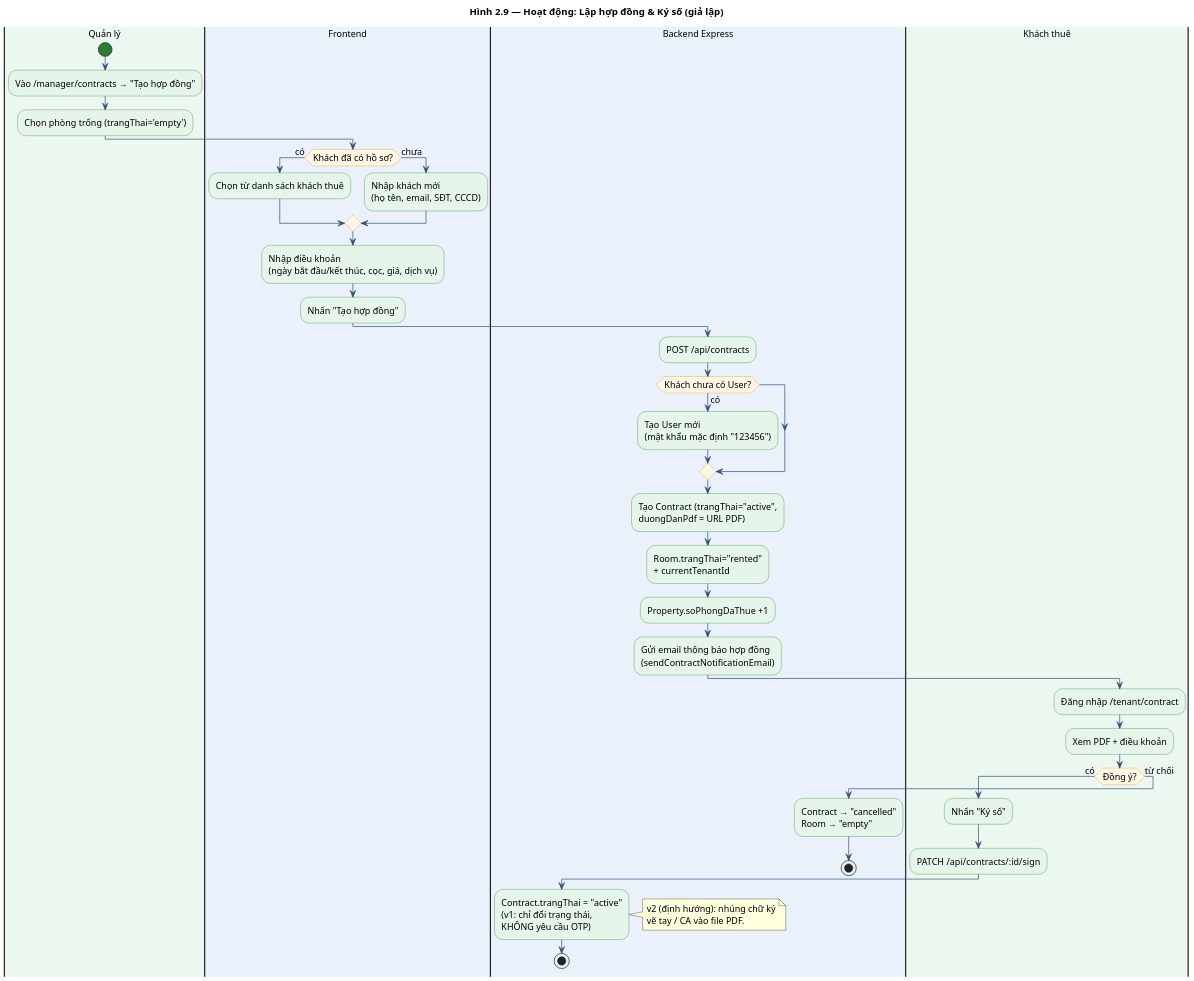
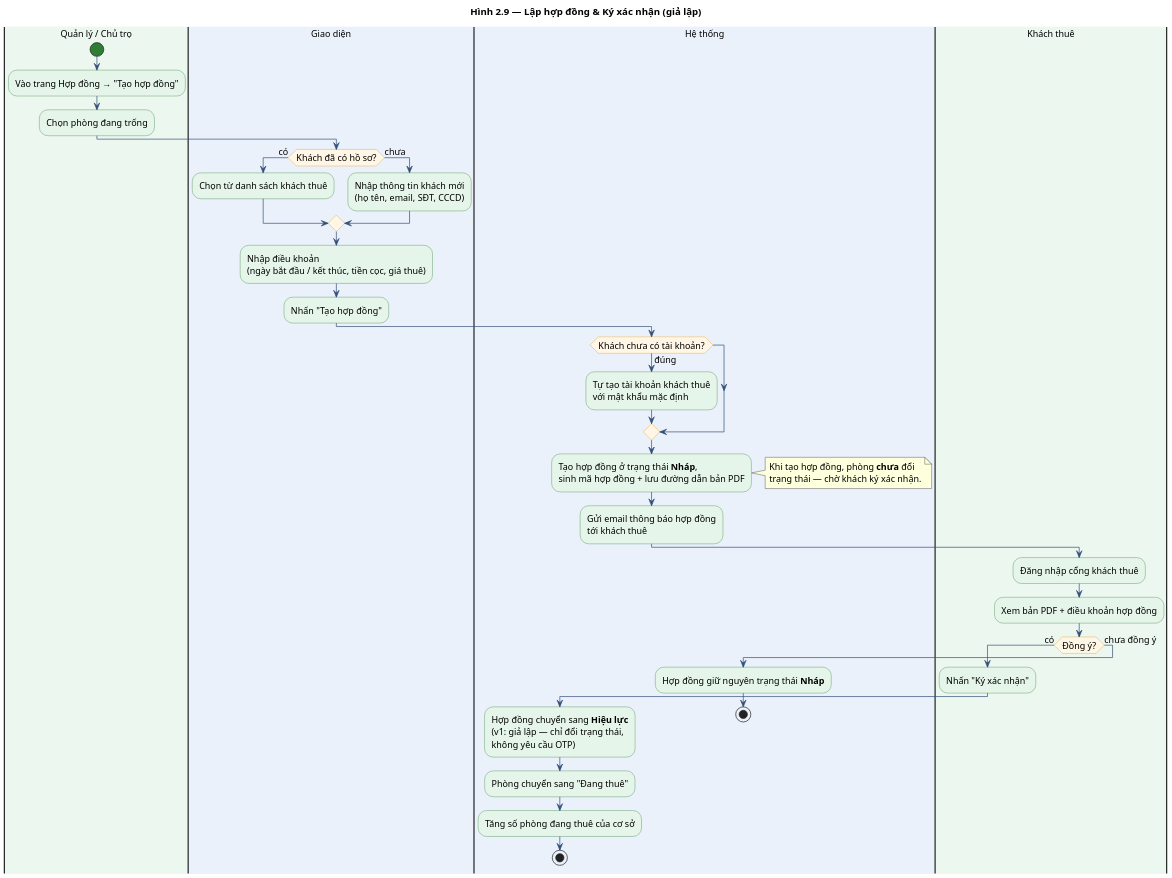
Before and after one commit to DiepTuHuy/Hostel_Management: the diagram in docs/diagrams/2.09_act_contract_sign.puml, drawn with PlantUML. The commit also changed 92 other files, not shown here.

Commit message:
Đồng bộ 19 sơ đồ UML khớp 100% với hệ thống và bổ sung báo cáo LaTeX (PTTKHT) vào repository

```diff
--- a/docs/diagrams/2.09_act_contract_sign.puml
+++ b/docs/diagrams/2.09_act_contract_sign.puml
@@ -1,60 +1,58 @@
 @startuml Act_Contract_Sign
-title Hình 2.9 — Hoạt động: Lập hợp đồng & Ký số (giả lập)
+title Hình 2.9 — Lập hợp đồng & Ký xác nhận (giả lập)
 
 skinparam dpi 150
 skinparam shadowing false
 skinparam defaultFontName "Segoe UI"
 skinparam defaultFontSize 13
 skinparam ArrowColor #34507A
 skinparam activity {
   BackgroundColor #E6F5EA
   BorderColor #2E7D32
   DiamondBackgroundColor #FFF6E5
   DiamondBorderColor #E59300
   StartColor #2E7D32
   EndColor #AD1457
 }
 
-|#ECF7EF|Quản lý|
+|#ECF7EF|Quản lý / Chủ trọ|
 start
-:Vào /manager/contracts → "Tạo hợp đồng";
-:Chọn phòng trống (trangThai='empty');
+:Vào trang Hợp đồng → "Tạo hợp đồng";
+:Chọn phòng đang trống;
 
-|#EAF1FB|Frontend|
+|#EAF1FB|Giao diện|
 if (Khách đã có hồ sơ?) then (có)
   :Chọn từ danh sách khách thuê;
 else (chưa)
-  :Nhập khách mới\n(họ tên, email, SĐT, CCCD);
+  :Nhập thông tin khách mới\n(họ tên, email, SĐT, CCCD);
 endif
-:Nhập điều khoản\n(ngày bắt đầu/kết thúc, cọc, giá, dịch vụ);
+:Nhập điều khoản\n(ngày bắt đầu / kết thúc, tiền cọc, giá thuê);
 :Nhấn "Tạo hợp đồng";
 
-|#EAF1FB|Backend Express|
-:POST /api/contracts;
-if (Khách chưa có User?) then (có)
-  :Tạo User mới\n(mật khẩu mặc định "123456");
+|#EAF1FB|Hệ thống|
+if (Khách chưa có tài khoản?) then (đúng)
+  :Tự tạo tài khoản khách thuê\nvới mật khẩu mặc định;
 endif
-:Tạo Contract (trangThai="active",\nduongDanPdf = URL PDF);
-:Room.trangThai="rented"\n+ currentTenantId;
-:Property.soPhongDaThue +1;
-:Gửi email thông báo hợp đồng\n(sendContractNotificationEmail);
+:Tạo hợp đồng ở trạng thái **Nháp**,\nsinh mã hợp đồng + lưu đường dẫn bản PDF;
+note right
+  Khi tạo hợp đồng, phòng **chưa** đổi
+  trạng thái — chờ khách ký xác nhận.
+end note
+:Gửi email thông báo hợp đồng\ntới khách thuê;
 
 |#ECF7EF|Khách thuê|
-:Đăng nhập /tenant/contract;
-:Xem PDF + điều khoản;
+:Đăng nhập cổng khách thuê;
+:Xem bản PDF + điều khoản hợp đồng;
 if (Đồng ý?) then (có)
-  :Nhấn "Ký số";
-  :PATCH /api/contracts/:id/sign;
-  |#EAF1FB|Backend Express|
-  :Contract.trangThai = "active"\n(v1: chỉ đổi trạng thái,\nKHÔNG yêu cầu OTP);
-  note right
-    v2 (định hướng): nhúng chữ ký
-    vẽ tay / CA vào file PDF.
-  end note
+  :Nhấn "Ký xác nhận";
+  |#EAF1FB|Hệ thống|
+  :Hợp đồng chuyển sang **Hiệu lực**\n(v1: giả lập — chỉ đổi trạng thái,\nkhông yêu cầu OTP);
+  :Phòng chuyển sang "Đang thuê";
+  :Tăng số phòng đang thuê của cơ sở;
   stop
-else (từ chối)
-  :Contract → "cancelled"\nRoom → "empty";
+else (chưa đồng ý)
+  :Hợp đồng giữ nguyên trạng thái **Nháp**;
   stop
 endif
 
 @enduml
```
